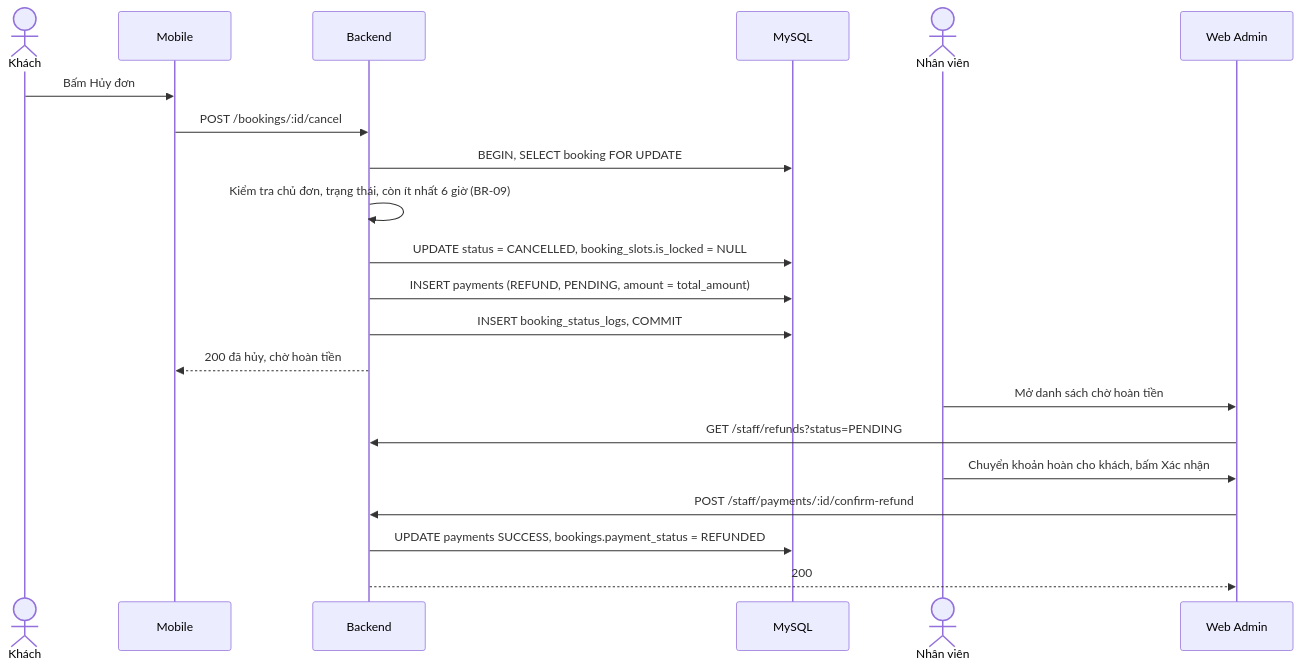
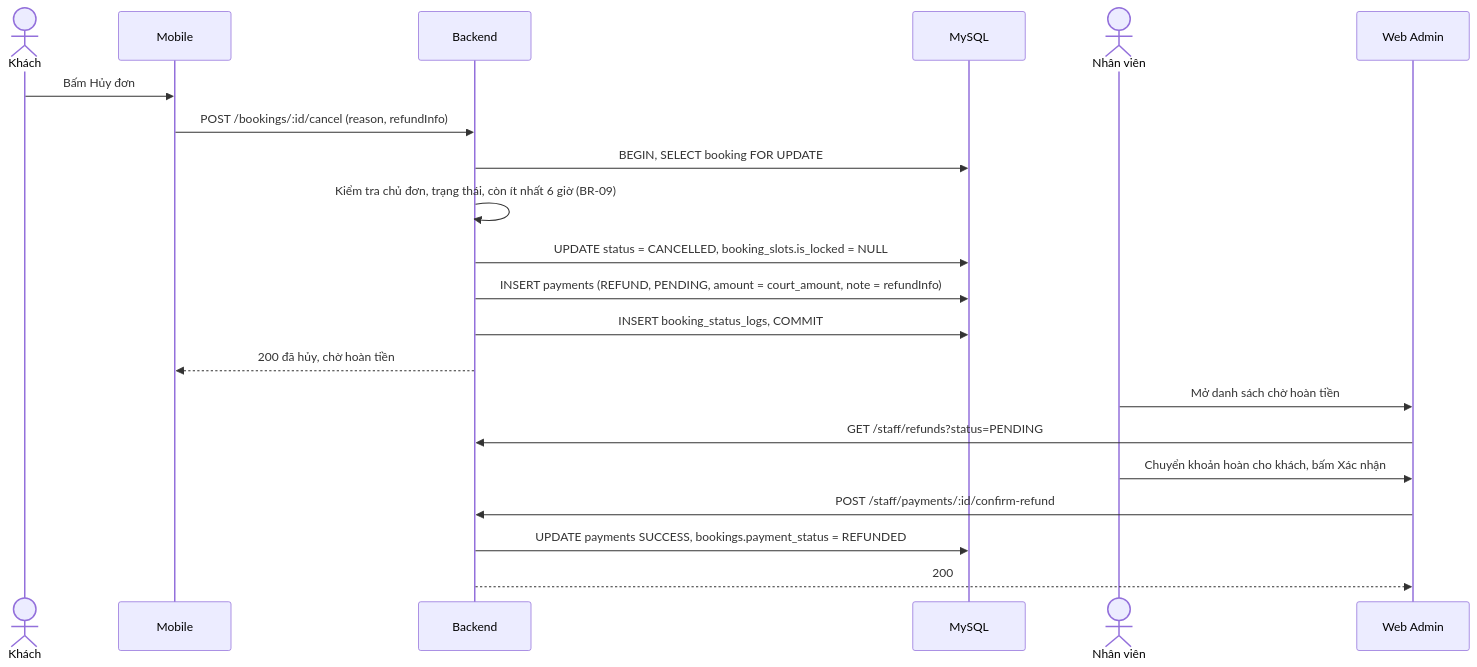
Before and after one commit to dinhdai132005-png/MobileDatLichSanTheThao: the tenth of 17 diagrams in Plant/02-uml-diagrams.md, drawn with Mermaid. The commit also changed other lines of this file and 162 other files, not shown here.

````diff
--- a/Plant/02-uml-diagrams.md
+++ b/Plant/02-uml-diagrams.md
@@ -204,23 +251,23 @@
 ```mermaid
 sequenceDiagram
     actor K as Khách
     participant M as Mobile
     participant API as Backend
     participant DB as MySQL
     actor NV as Nhân viên
     participant W as Web Admin
     K->>M: Bấm Hủy đơn
-    M->>API: POST /bookings/:id/cancel
+    M->>API: POST /bookings/:id/cancel (reason, refundInfo)
     API->>DB: BEGIN, SELECT booking FOR UPDATE
     API->>API: Kiểm tra chủ đơn, trạng thái, còn ít nhất 6 giờ (BR-09)
     API->>DB: UPDATE status = CANCELLED, booking_slots.is_locked = NULL
-    API->>DB: INSERT payments (REFUND, PENDING, amount = total_amount)
+    API->>DB: INSERT payments (REFUND, PENDING, amount = court_amount, note = refundInfo)
     API->>DB: INSERT booking_status_logs, COMMIT
     API-->>M: 200 đã hủy, chờ hoàn tiền
     NV->>W: Mở danh sách chờ hoàn tiền
     W->>API: GET /staff/refunds?status=PENDING
     NV->>W: Chuyển khoản hoàn cho khách, bấm Xác nhận
     W->>API: POST /staff/payments/:id/confirm-refund
     API->>DB: UPDATE payments SUCCESS, bookings.payment_status = REFUNDED
     API-->>W: 200
 ```
````
